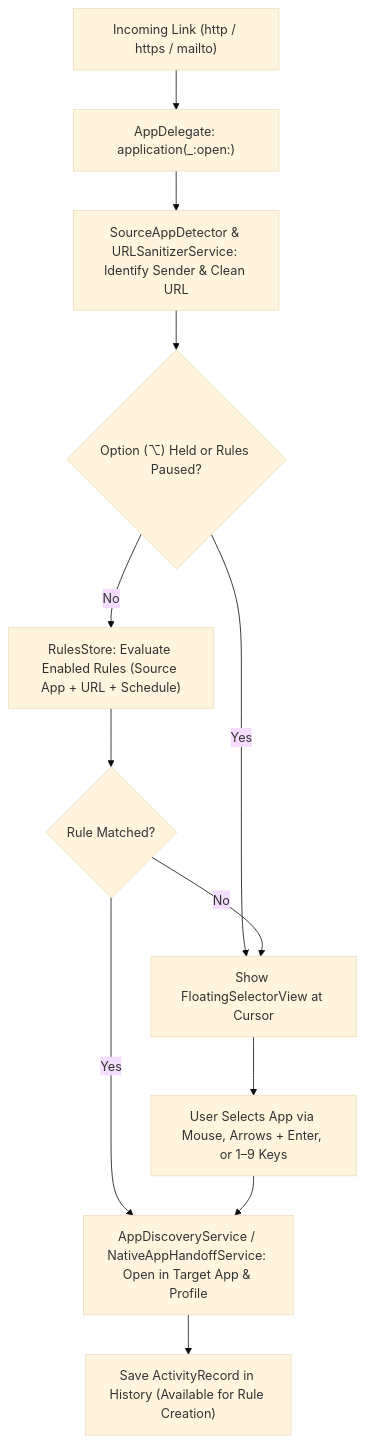
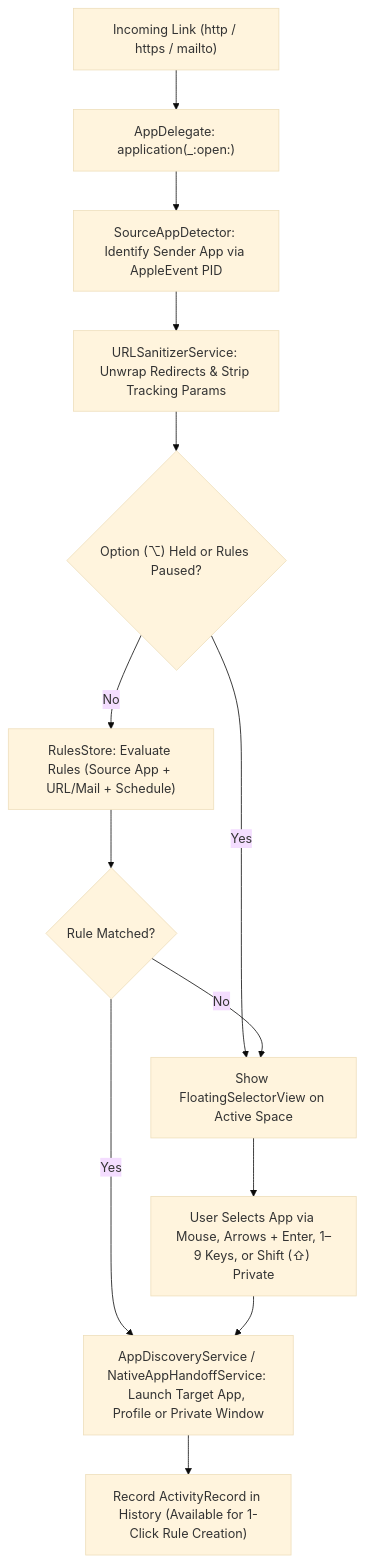
The diagram in README.md (alejandro-llanes/maxguspicker1824), drawn with Mermaid (base theme) before and after one commit. The commit also changed other lines of this file and 13 other files, not shown here.

````diff
--- a/README.md
+++ b/README.md
@@ -88,14 +163,15 @@
 ```mermaid
 flowchart TD
     A["Incoming Link (http / https / mailto)"] --> B["AppDelegate: application(_:open:)"]
-    B --> C["SourceAppDetector & URLSanitizerService: Identify Sender & Clean URL"]
-    C --> D{"Option (⌥) Held or Rules Paused?"}
-    D -- "Yes" --> G["Show FloatingSelectorView at Cursor"]
-    D -- "No" --> E["RulesStore: Evaluate Enabled Rules (Source App + URL + Schedule)"]
-    E --> F{"Rule Matched?"}
-    F -- "Yes" --> H["AppDiscoveryService / NativeAppHandoffService: Open in Target App & Profile"]
-    F -- "No" --> G
-    G --> I["User Selects App via Mouse, Arrows + Enter, or 1–9 Keys"]
-    I --> H
-    H --> L["Save ActivityRecord in History (Available for Rule Creation)"]
+    B --> C["SourceAppDetector: Identify Sender App via AppleEvent PID"]
+    C --> D["URLSanitizerService: Unwrap Redirects & Strip Tracking Params"]
+    D --> E{"Option (⌥) Held or Rules Paused?"}
+    E -- "Yes" --> H["Show FloatingSelectorView on Active Space"]
+    E -- "No" --> F["RulesStore: Evaluate Rules (Source App + URL/Mail + Schedule)"]
+    F --> G{"Rule Matched?"}
+    G -- "Yes" --> I["AppDiscoveryService / NativeAppHandoffService: Launch Target App, Profile or Private Window"]
+    G -- "No" --> H
+    H --> J["User Selects App via Mouse, Arrows + Enter, 1–9 Keys, or Shift (⇧) Private"]
+    J --> I
+    I --> K["Record ActivityRecord in History (Available for 1-Click Rule Creation)"]
 ```
````
